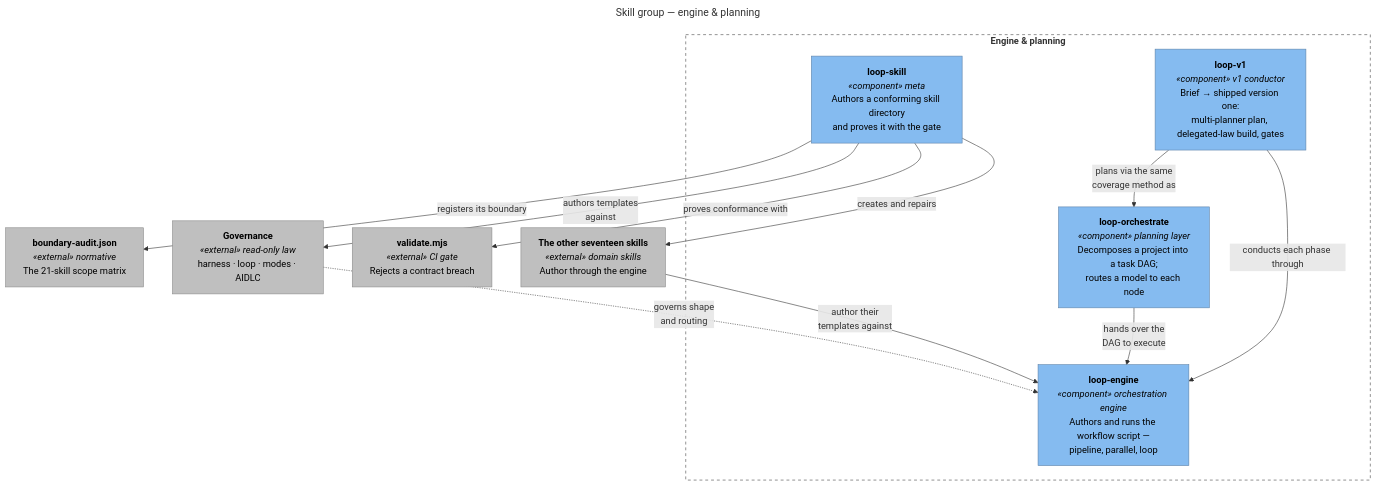
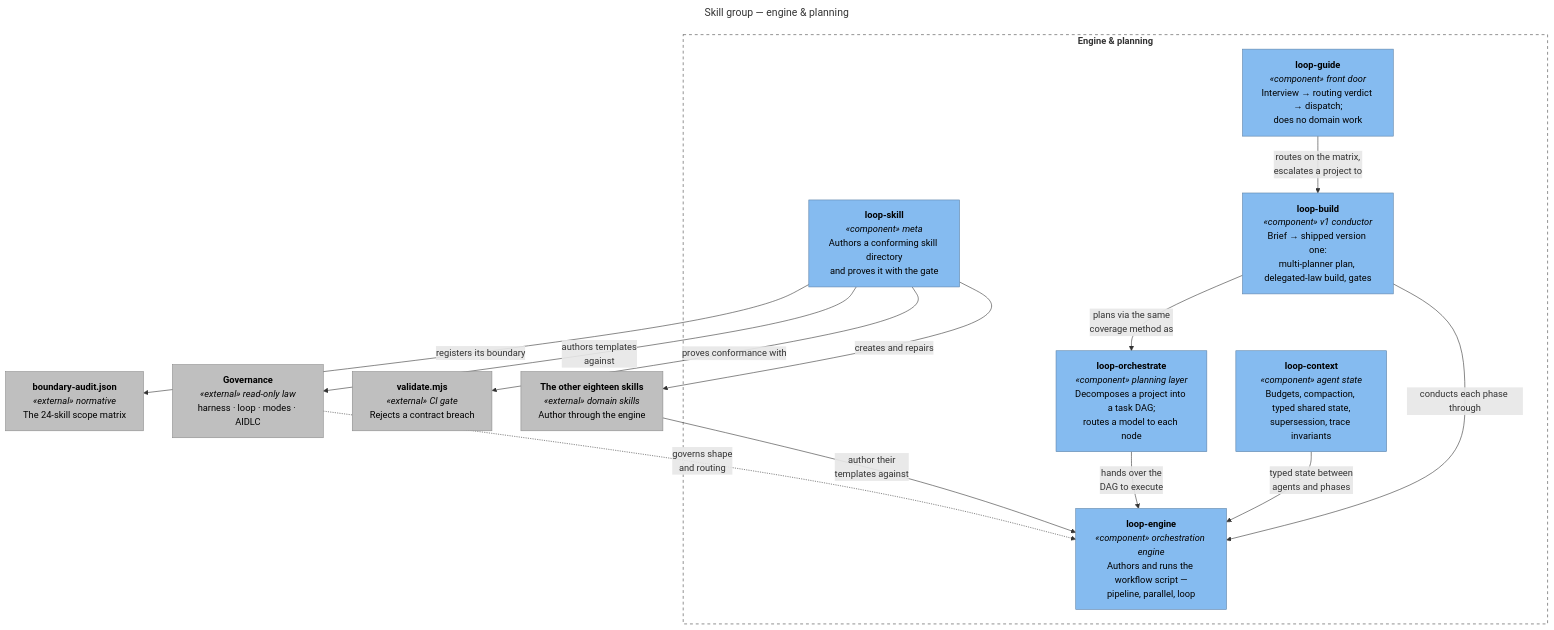
The diagram in docs/c4/diagrams/src/skills-engine-planning.mmd (santapong/Proof), drawn with Mermaid before and after one commit. The commit also changed 16 other files, not shown here.

First line of the commit message:
Diagrams: redesign skill-composition for the 24-skill fleet; de-stale all sources

```diff
--- a/docs/c4/diagrams/src/skills-engine-planning.mmd
+++ b/docs/c4/diagrams/src/skills-engine-planning.mmd
@@ -1,31 +1,35 @@
 ---
 title: "Skill group — engine & planning"
 ---
 flowchart TB
     subgraph g["<b>Engine &amp; planning</b>"]
         eng["<b>loop-engine</b><br/><i>«component» orchestration engine</i><br/>Authors and runs the workflow script —<br/>pipeline, parallel, loop"]
         orch["<b>loop-orchestrate</b><br/><i>«component» planning layer</i><br/>Decomposes a project into a task DAG;<br/>routes a model to each node"]
         mk["<b>loop-skill</b><br/><i>«component» meta</i><br/>Authors a conforming skill directory<br/>and proves it with the gate"]
-        v1["<b>loop-v1</b><br/><i>«component» v1 conductor</i><br/>Brief → shipped version one:<br/>multi-planner plan, delegated-law build, gates"]
+        build["<b>loop-build</b><br/><i>«component» v1 conductor</i><br/>Brief → shipped version one:<br/>multi-planner plan, delegated-law build, gates"]
+        ctx["<b>loop-context</b><br/><i>«component» agent state</i><br/>Budgets, compaction, typed shared state,<br/>supersession, trace invariants"]
+        guide["<b>loop-guide</b><br/><i>«component» front door</i><br/>Interview → routing verdict → dispatch;<br/>does no domain work"]
     end
 
     law["<b>Governance</b><br/><i>«external» read-only law</i><br/>harness · loop · modes · AIDLC"]
-    audit["<b>boundary-audit.json</b><br/><i>«external» normative</i><br/>The 21-skill scope matrix"]
+    audit["<b>boundary-audit.json</b><br/><i>«external» normative</i><br/>The 24-skill scope matrix"]
     gate["<b>validate.mjs</b><br/><i>«external» CI gate</i><br/>Rejects a contract breach"]
-    all["<b>The other seventeen skills</b><br/><i>«external» domain skills</i><br/>Author through the engine"]
+    all["<b>The other eighteen skills</b><br/><i>«external» domain skills</i><br/>Author through the engine"]
 
     law -. "governs shape<br/>and routing" .-> eng
     orch -- "hands over the<br/>DAG to execute" --> eng
     all -- "author their<br/>templates against" --> eng
     mk -- "registers its boundary" --> audit
     mk -- "authors templates<br/>against" --> law
     mk -- "proves conformance with" --> gate
     mk -- "creates and repairs" --> all
-    v1 -- "plans via the same<br/>coverage method as" --> orch
-    v1 -- "conducts each phase through" --> eng
+    build -- "plans via the same<br/>coverage method as" --> orch
+    build -- "conducts each phase through" --> eng
+    ctx -- "typed state between<br/>agents and phases" --> eng
+    guide -- "routes on the matrix,<br/>escalates a project to" --> build
 
     classDef component fill:#85BBF0,stroke:#5D82A8,color:#000
     classDef extc fill:#BFBFBF,stroke:#8A8A8A,color:#000
-    class eng,orch,mk,v1 component
+    class eng,orch,mk,build,ctx,guide component
     class law,audit,gate,all extc
     style g fill:none,stroke:#444444,stroke-dasharray:5 5
```
